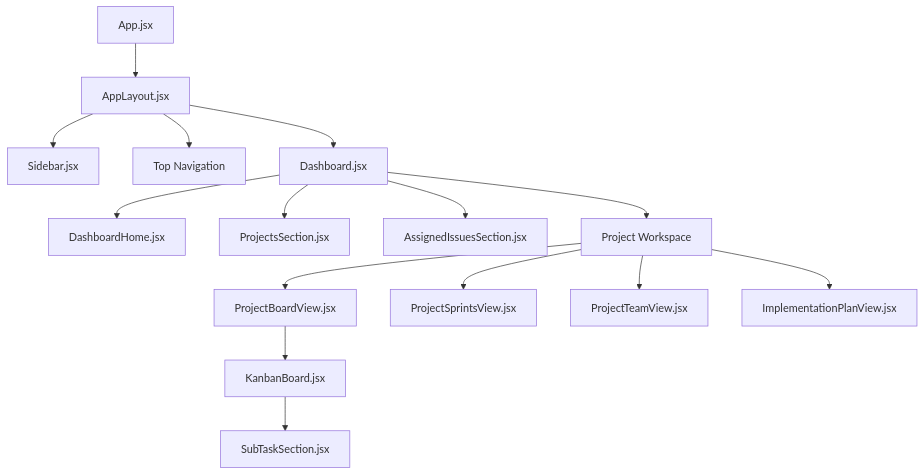
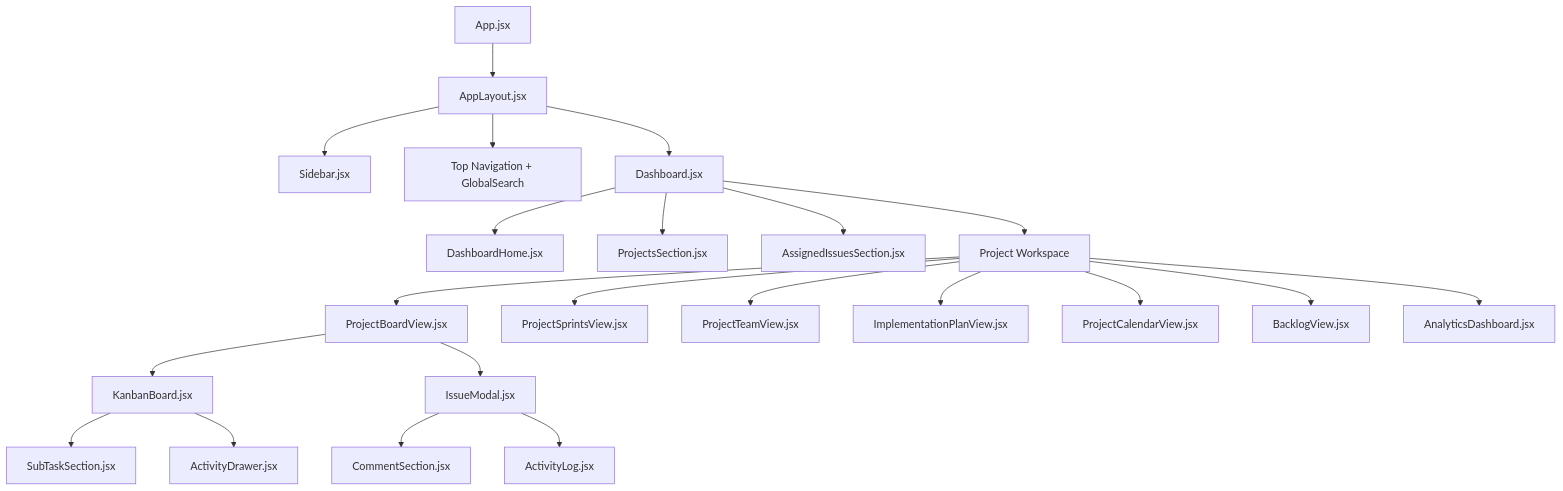
The diagram in PERN-Project/README.md (Het-Rasadiya-Opash/PostgreSQL), drawn with Mermaid before and after one commit. The commit also changed other lines of this file, not shown here.

````diff
--- a/PERN-Project/README.md
+++ b/PERN-Project/README.md
@@ -45,20 +86,27 @@
 ```mermaid
 graph TD
     App[App.jsx] --> AppLayout[AppLayout.jsx]
     AppLayout --> Sidebar[Sidebar.jsx]
-    AppLayout --> Nav[Top Navigation]
+    AppLayout --> Nav[Top Navigation + GlobalSearch]
     AppLayout --> Dashboard[Dashboard.jsx]
-    
+
     Dashboard --> Home[DashboardHome.jsx]
     Dashboard --> Projects[ProjectsSection.jsx]
     Dashboard --> Issues[AssignedIssuesSection.jsx]
     Dashboard --> Workspace[Project Workspace]
-    
+
     Workspace --> Board[ProjectBoardView.jsx]
     Workspace --> Sprints[ProjectSprintsView.jsx]
     Workspace --> Team[ProjectTeamView.jsx]
     Workspace --> Roadmap[ImplementationPlanView.jsx]
-    
+    Workspace --> Calendar[ProjectCalendarView.jsx]
+    Workspace --> Backlog[BacklogView.jsx]
+    Workspace --> Analytics[AnalyticsDashboard.jsx]
+
     Board --> Kanban[KanbanBoard.jsx]
     Kanban --> Subtasks[SubTaskSection.jsx]
+    Kanban --> ActivityDrawer[ActivityDrawer.jsx]
+    Board --> IssueModal[IssueModal.jsx]
+    IssueModal --> CommentSection[CommentSection.jsx]
+    IssueModal --> ActivityLog[ActivityLog.jsx]
 ```
````
